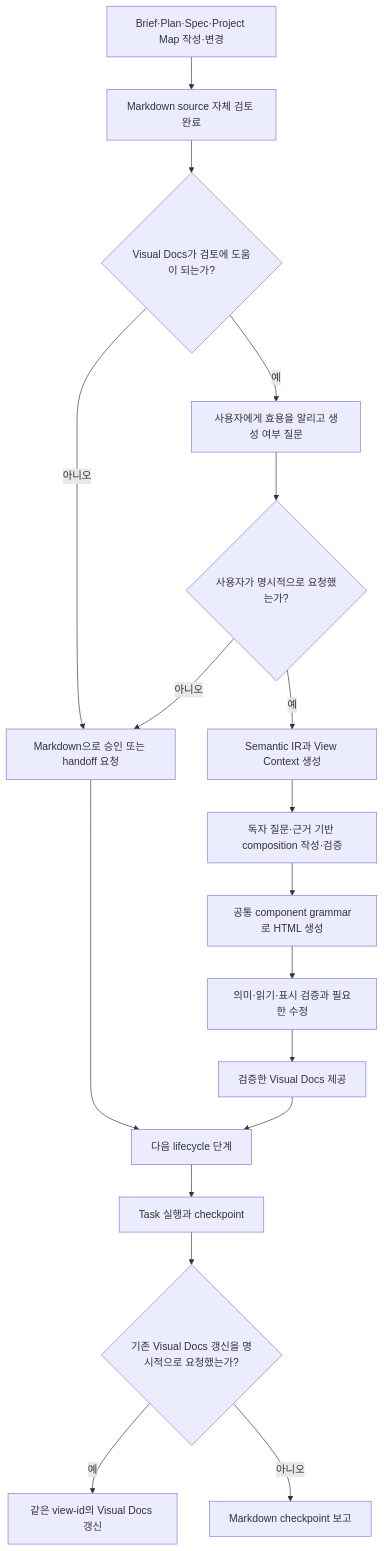
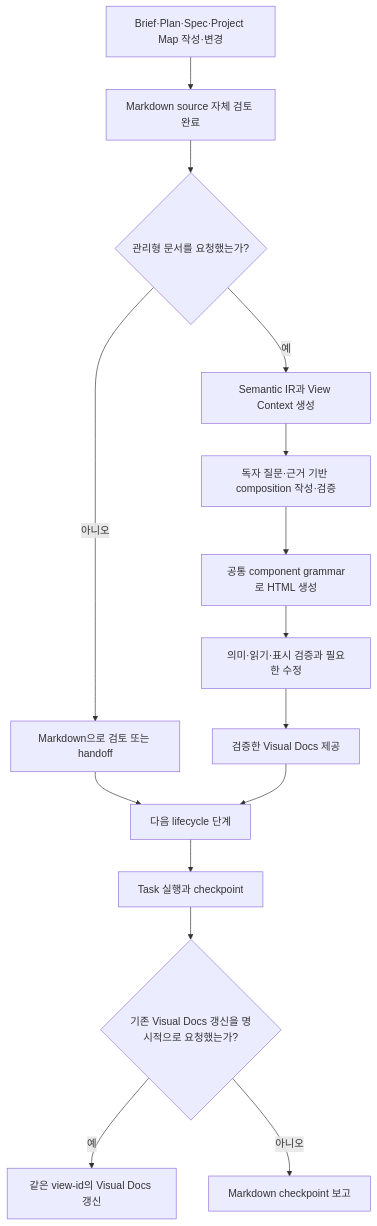
One commit to hope1026/aiagent-plugins changed the first of 3 diagrams in docs/specs/review-viewer-lifecycle/human-readable-review-viewer.md. Above: the diagram before and after it, drawn with Mermaid. The commit also changed other lines of this file and 29 other files, not shown here.

````diff
--- a/docs/specs/review-viewer-lifecycle/human-readable-review-viewer.md
+++ b/docs/specs/review-viewer-lifecycle/human-readable-review-viewer.md
@@ -44,20 +47,17 @@
 ```mermaid
 flowchart TD
     A[Brief·Plan·Spec·Project Map 작성·변경] --> B[Markdown source 자체 검토 완료]
-    B --> C{Visual Docs가 검토에 도움이 되는가?}
-    C -- 예 --> D[사용자에게 효용을 알리고 생성 여부 질문]
-    C -- 아니오 --> E[Markdown으로 승인 또는 handoff 요청]
-    D --> F{사용자가 명시적으로 요청했는가?}
+    B --> F{관리형 문서를 요청했는가?}
     F -- 예 --> G[Semantic IR과 View Context 생성]
-    F -- 아니오 --> E
+    F -- 아니오 --> E[Markdown으로 검토 또는 handoff]
     G --> GP[독자 질문·근거 기반 composition 작성·검증]
     GP --> GR[공통 component grammar로 HTML 생성]
     GR --> QA[의미·읽기·표시 검증과 필요한 수정]
     QA --> H[검증한 Visual Docs 제공]
     E --> I[다음 lifecycle 단계]
     H --> I
     I --> J[Task 실행과 checkpoint]
     J --> K{기존 Visual Docs 갱신을 명시적으로 요청했는가?}
     K -- 예 --> L[같은 view-id의 Visual Docs 갱신]
     K -- 아니오 --> M[Markdown checkpoint 보고]
 ```
````
